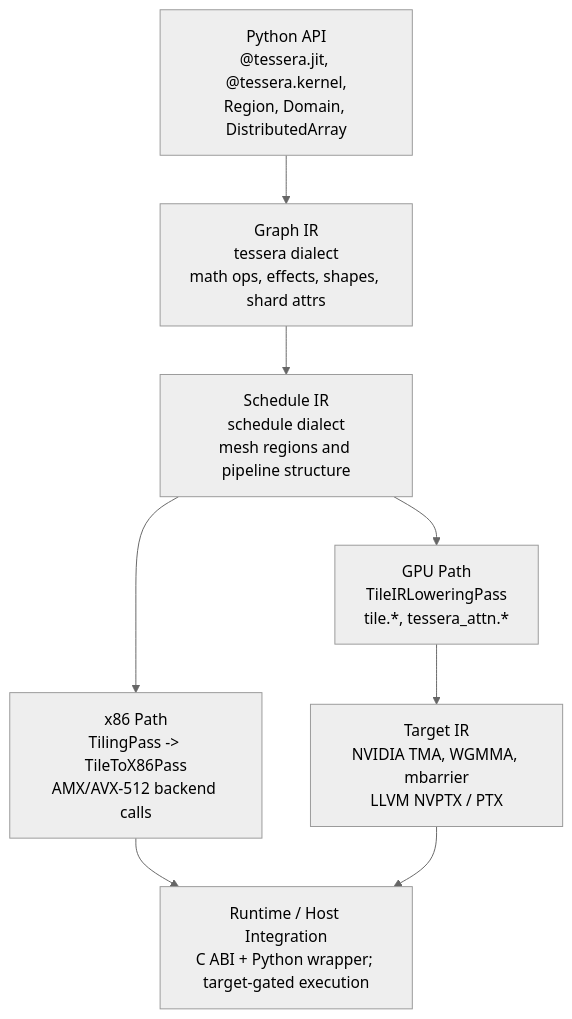
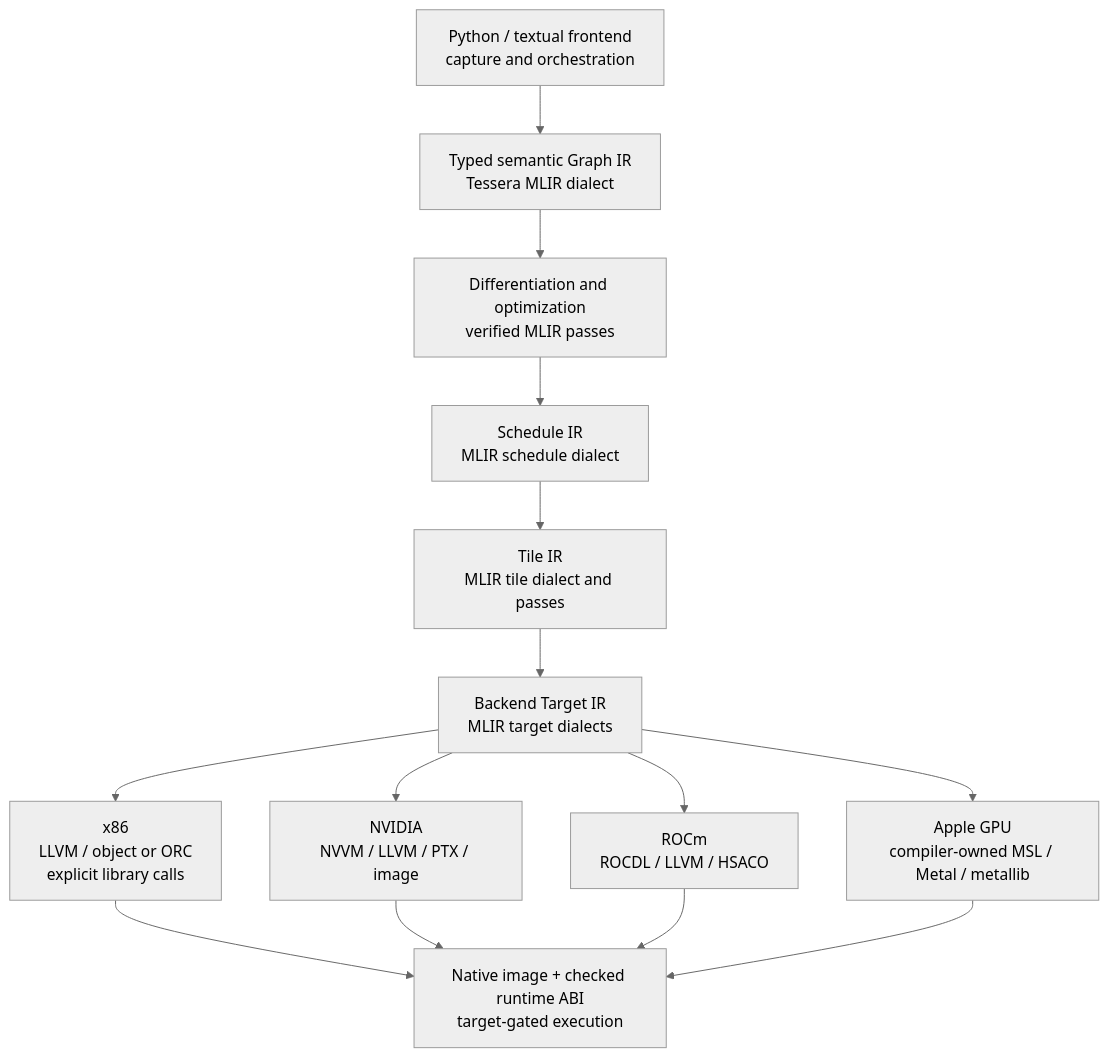
Before and after one commit to gstoner/tessera: the diagram in docs/architecture/README.md, drawn with Mermaid (neutral theme). The commit also changed other lines of this file and 89 other files, not shown here.

Commit message:
Advance native compiler routes and device follow-ups

````diff
--- a/docs/architecture/README.md
+++ b/docs/architecture/README.md
@@ -22,10 +22,16 @@
 ```mermaid
 flowchart TD
-  A["Python API<br/>@tessera.jit, @tessera.kernel,<br/>Region, Domain, DistributedArray"] --> B["Graph IR<br/>tessera dialect<br/>math ops, effects, shapes, shard attrs"]
-  B --> C["Schedule IR<br/>schedule dialect<br/>mesh regions and pipeline structure"]
-  C --> D1["x86 Path<br/>TilingPass -> TileToX86Pass<br/>AMX/AVX-512 backend calls"]
-  C --> D2["GPU Path<br/>TileIRLoweringPass<br/>tile.*, tessera_attn.*"]
-  D2 --> E["Target IR<br/>NVIDIA TMA, WGMMA, mbarrier<br/>LLVM NVPTX / PTX"]
-  D1 --> F["Runtime / Host Integration<br/>C ABI + Python wrapper; target-gated execution"]
-  E --> F
+  A["Python / textual frontend<br/>capture and orchestration"] --> B["Typed semantic Graph IR<br/>Tessera MLIR dialect"]
+  B --> AD["Differentiation and optimization<br/>verified MLIR passes"]
+  AD --> C["Schedule IR<br/>MLIR schedule dialect"]
+  C --> D["Tile IR<br/>MLIR tile dialect and passes"]
+  D --> E["Backend Target IR<br/>MLIR target dialects"]
+  E --> X["x86<br/>LLVM / object or ORC<br/>explicit library calls"]
+  E --> N["NVIDIA<br/>NVVM / LLVM / PTX / image"]
+  E --> R["ROCm<br/>ROCDL / LLVM / HSACO"]
+  E --> M["Apple GPU<br/>compiler-owned MSL / Metal / metallib"]
+  X --> F["Native image + checked runtime ABI<br/>target-gated execution"]
+  N --> F
+  R --> F
+  M --> F
 ```
````
